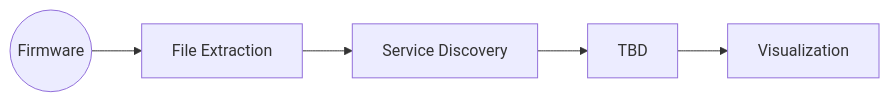
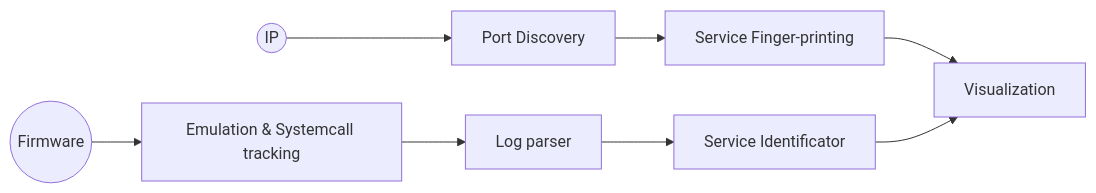
Before and after one commit to DPorichis/RePort: the diagram in readme.md, drawn with Mermaid. The commit also changed other lines of this file, not shown here.

Commit message:
New graph who dis

````diff
--- a/readme.md
+++ b/readme.md
@@ -9,4 +8,5 @@
 ```mermaid
 graph LR
-    I((Firmware)) --> A[File Extraction] --> B[Service Discovery] --> C[TBD] --> D[Visualization]
+    IP((IP)):::equalCircleStyle --> Port[Port Discovery] --> Fing[Service Finger-printing] --> D[Visualization]
+    Bin((Firmware)):::equalCircleStyle --> Em[Emulation & Systemcall tracking] --> Pars[Log parser] --> Ident[Service Identificator] --> D[Visualization]
 ```
````
